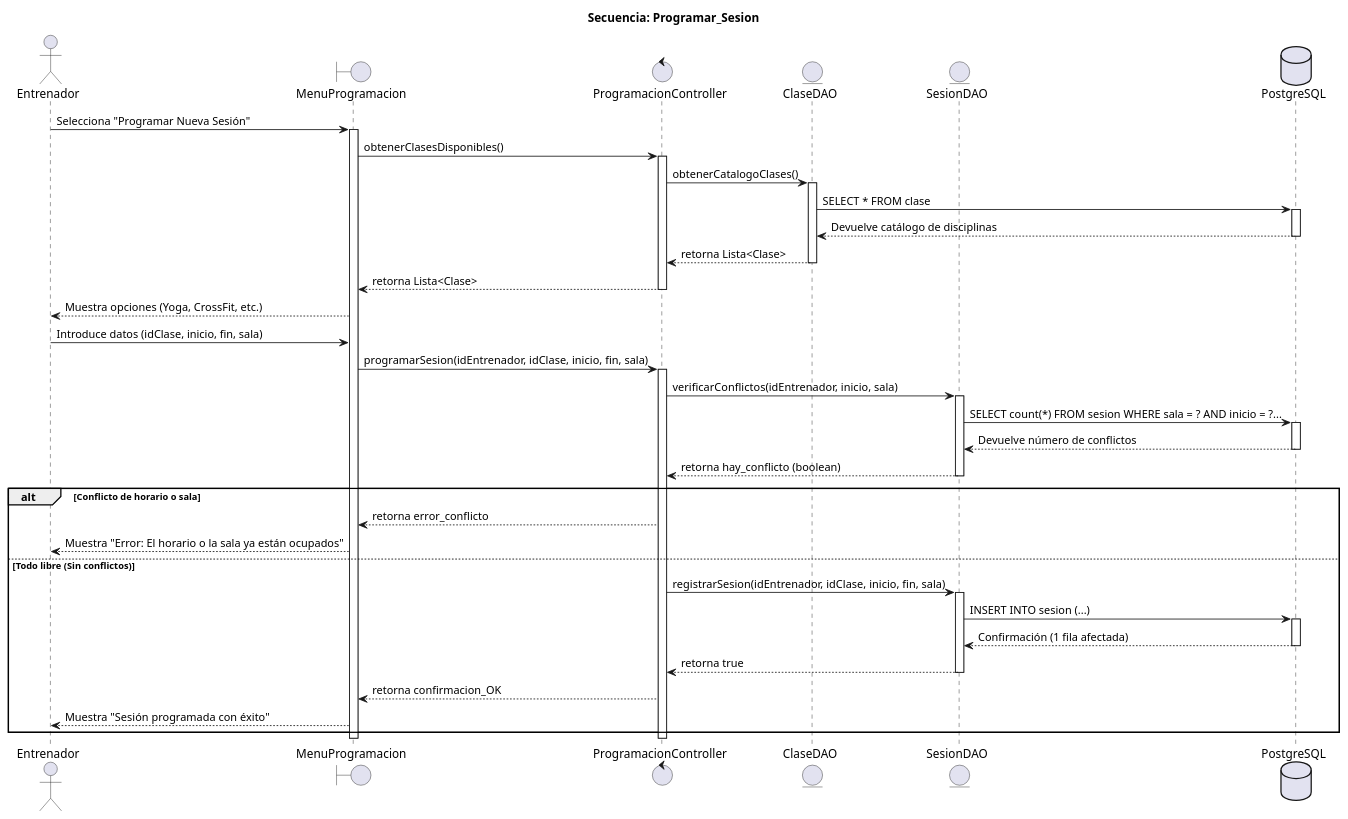
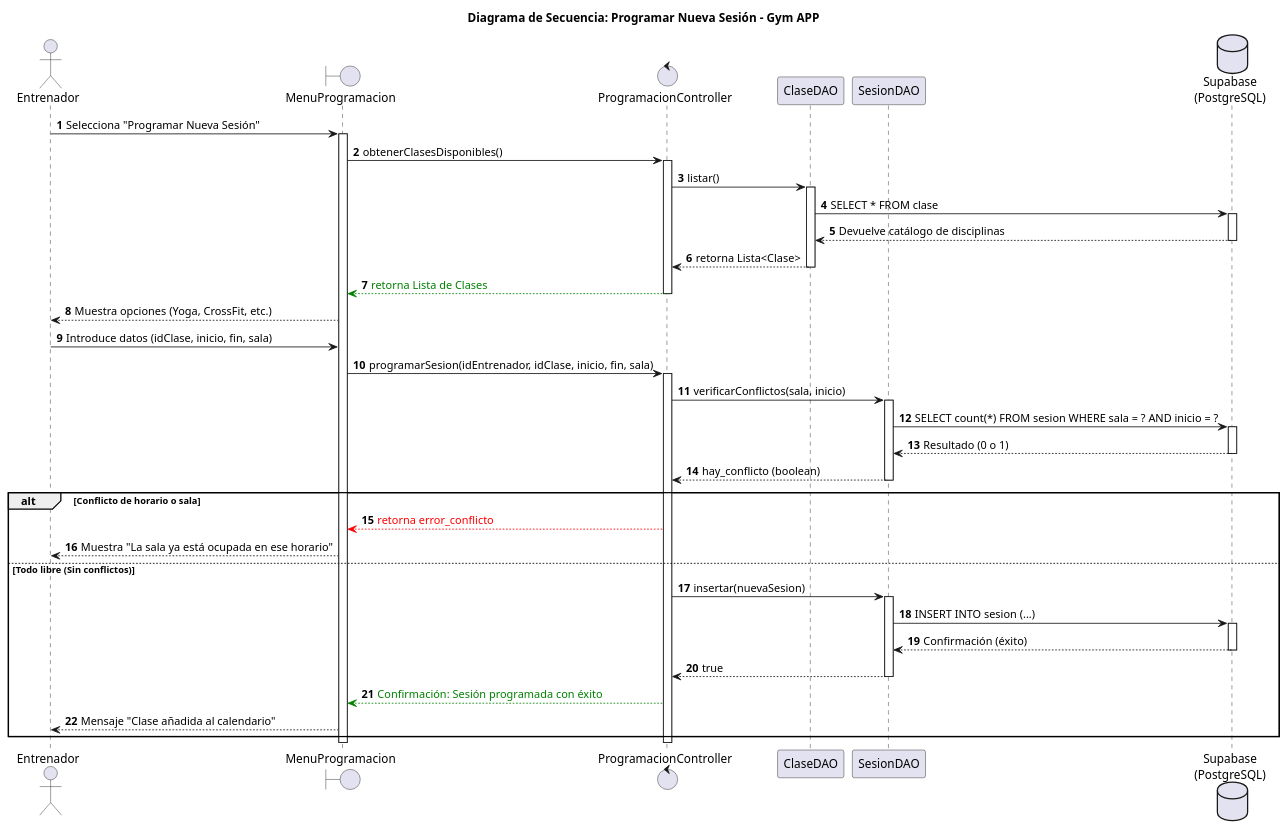
The diagram in docs/diagramasUML/DiagramasSecuencias/Secuencia_Programar_Sesion.puml (FerminGarridoMartinDAM/ProyectoInterModular1DAMAppGimnasio), drawn with PlantUML before and after one commit. The commit also changed 18 other files, not shown here.

Commit message:
docs(uml): Actualizados y terminados diagramas de secuencias

```diff
--- a/docs/diagramasUML/DiagramasSecuencias/Secuencia_Programar_Sesion.puml
+++ b/docs/diagramasUML/DiagramasSecuencias/Secuencia_Programar_Sesion.puml
@@ -1,70 +1,72 @@
 @startuml
-title Secuencia: Programar_Sesion
+title Diagrama de Secuencia: Programar Nueva Sesión - Gym APP
+
+autonumber
 
 ' --- PARTICIPANTES ---
-actor Entrenador
+actor "Entrenador" as User
 boundary "MenuProgramacion" as Vista
-control "ProgramacionController" as Controlador
-entity "ClaseDAO" as ClaseDAO
-entity "SesionDAO" as SesionDAO
-database "PostgreSQL" as BD
+control "ProgramacionController" as Controller
+participant "ClaseDAO" as ClaseDAO
+participant "SesionDAO" as SesionDAO
+database "Supabase\n(PostgreSQL)" as DB
 
 ' --- FLUJO 1: Mostrar catálogo de clases ---
-Entrenador -> Vista: Selecciona "Programar Nueva Sesión"
+User -> Vista: Selecciona "Programar Nueva Sesión"
 activate Vista
 
-Vista -> Controlador: obtenerClasesDisponibles()
-activate Controlador
+Vista -> Controller: obtenerClasesDisponibles()
+activate Controller
 
-Controlador -> ClaseDAO: obtenerCatalogoClases()
+Controller -> ClaseDAO: listar()
 activate ClaseDAO
-ClaseDAO -> BD: SELECT * FROM clase
-activate BD
-BD --> ClaseDAO: Devuelve catálogo de disciplinas
-deactivate BD
-ClaseDAO --> Controlador: retorna Lista<Clase>
+ClaseDAO -> DB: SELECT * FROM clase
+activate DB
+DB --> ClaseDAO: Devuelve catálogo de disciplinas
+deactivate DB
+ClaseDAO --> Controller: retorna Lista<Clase>
 deactivate ClaseDAO
 
-Controlador --> Vista: retorna Lista<Clase>
-deactivate Controlador
+Controller -[#green]-> Vista: <color:green>retorna Lista de Clases</color>
+deactivate Controller
 
-Vista --> Entrenador: Muestra opciones (Yoga, CrossFit, etc.)
+Vista --> User: Muestra opciones (Yoga, CrossFit, etc.)
 
 ' --- FLUJO 2: Proceso de creación ---
-Entrenador -> Vista: Introduce datos (idClase, inicio, fin, sala)
-Vista -> Controlador: programarSesion(idEntrenador, idClase, inicio, fin, sala)
-activate Controlador
+User -> Vista: Introduce datos (idClase, inicio, fin, sala)
+Vista -> Controller: programarSesion(idEntrenador, idClase, inicio, fin, sala)
+activate Controller
 
 ' Validación de conflictos
-Controlador -> SesionDAO: verificarConflictos(idEntrenador, inicio, sala)
+Controller -> SesionDAO: verificarConflictos(sala, inicio)
 activate SesionDAO
-SesionDAO -> BD: SELECT count(*) FROM sesion WHERE sala = ? AND inicio = ?...
-activate BD
-BD --> SesionDAO: Devuelve número de conflictos
-deactivate BD
-SesionDAO --> Controlador: retorna hay_conflicto (boolean)
+SesionDAO -> DB: SELECT count(*) FROM sesion WHERE sala = ? AND inicio = ?
+activate DB
+DB --> SesionDAO: Resultado (0 o 1)
+deactivate DB
+SesionDAO --> Controller: hay_conflicto (boolean)
 deactivate SesionDAO
 
 alt Conflicto de horario o sala
-    Controlador --> Vista: retorna error_conflicto
-    Vista --> Entrenador: Muestra "Error: El horario o la sala ya están ocupados"
+    Controller -[#red]-> Vista: <color:red>retorna error_conflicto</color>
+    Vista --> User: Muestra "La sala ya está ocupada en ese horario"
     
 else Todo libre (Sin conflictos)
     ' Inserción final de la sesión
-    Controlador -> SesionDAO: registrarSesion(idEntrenador, idClase, inicio, fin, sala)
+    Controller -> SesionDAO: insertar(nuevaSesion)
     activate SesionDAO
-    SesionDAO -> BD: INSERT INTO sesion (...)
-    activate BD
-    BD --> SesionDAO: Confirmación (1 fila afectada)
-    deactivate BD
-    SesionDAO --> Controlador: retorna true
+    SesionDAO -> DB: INSERT INTO sesion (...)
+    activate DB
+    DB --> SesionDAO: Confirmación (éxito)
+    deactivate DB
+    SesionDAO --> Controller: true
     deactivate SesionDAO
     
-    Controlador --> Vista: retorna confirmacion_OK
-    Vista --> Entrenador: Muestra "Sesión programada con éxito"
+    Controller -[#green]-> Vista: <color:green>Confirmación: Sesión programada con éxito</color>
+    Vista --> User: Mensaje "Clase añadida al calendario"
 end
 
-deactivate Controlador
+deactivate Controller
 deactivate Vista
 
 @enduml
```
